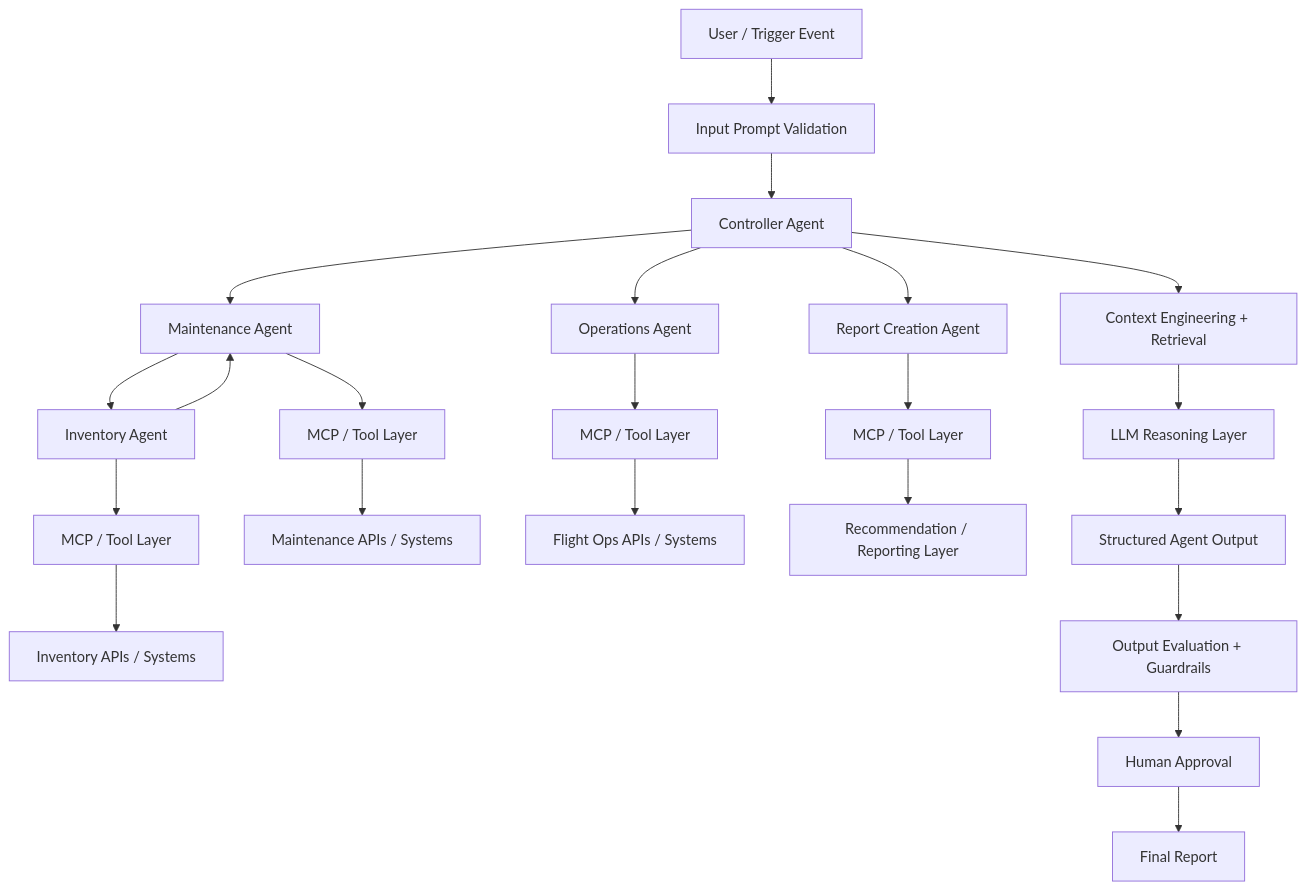
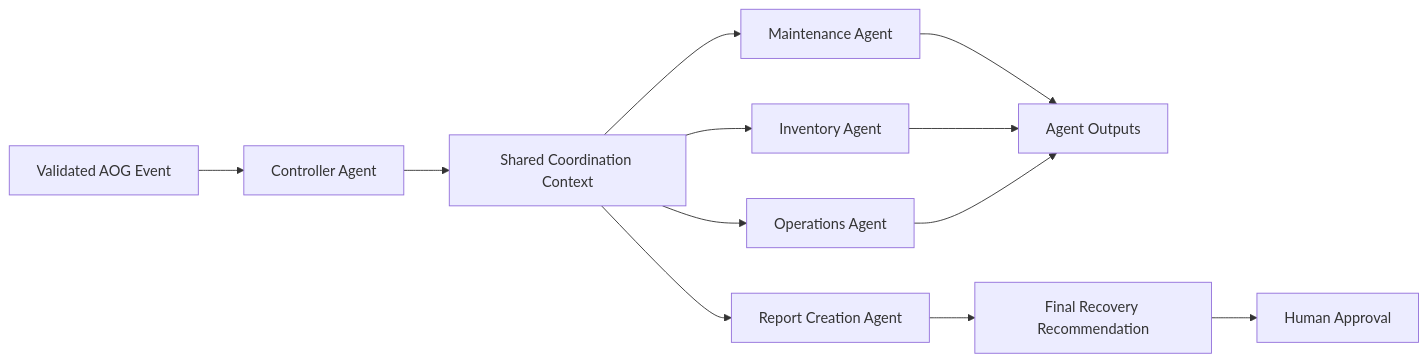
Before and after one commit to jguttikonda/fde_us03_cap: the second of 7 diagrams in propsal.md, drawn with Mermaid. The commit also changed other lines of this file and 7 other files, not shown here.

````diff
--- a/propsal.md
+++ b/propsal.md
@@ -140,29 +286,14 @@
 ```mermaid
-flowchart TB
-    User[User / Trigger Event] --> Validation[Input Prompt Validation]
-    Validation --> Controller[Controller Agent]
-    Controller --> Context[Context Engineering + Retrieval]
-    Context --> LLM[LLM Reasoning Layer]
-
-    Controller --> Maintenance[Maintenance Agent]
-    Controller --> Operations[Operations Agent]
-    Controller --> Report[Report Creation Agent]
-
-    Maintenance --> Inventory[Inventory Agent]
-    Inventory --> Maintenance
-
-    Maintenance --> MCPM[MCP / Tool Layer]
-    Inventory --> MCPI[MCP / Tool Layer]
-    Operations --> MCPO[MCP / Tool Layer]
-    Report --> MCPR[MCP / Tool Layer]
-
-    MCPM --> MAPI[Maintenance APIs / Systems]
-    MCPI --> IAPI[Inventory APIs / Systems]
-    MCPO --> OAPI[Flight Ops APIs / Systems]
-    MCPR --> RAPI[Recommendation / Reporting Layer]
-
-    LLM --> AgentOut[Structured Agent Output]
-    AgentOut --> Eval[Output Evaluation + Guardrails]
-    Eval --> Human[Human Approval]
-    Human --> Final[Final Report]
+flowchart LR
+    Input[Validated AOG Event] --> Controller[Controller Agent]
+    Controller --> Shared[Shared Coordination Context]
+    Shared --> Maintenance[Maintenance Agent]
+    Shared --> Inventory[Inventory Agent]
+    Shared --> Operations[Operations Agent]
+    Shared --> Report[Report Creation Agent]
+    Maintenance --> Findings[Agent Outputs]
+    Inventory --> Findings
+    Operations --> Findings
+    Report --> Final[Final Recovery Recommendation]
+    Final --> Human[Human Approval]
 ```
````
